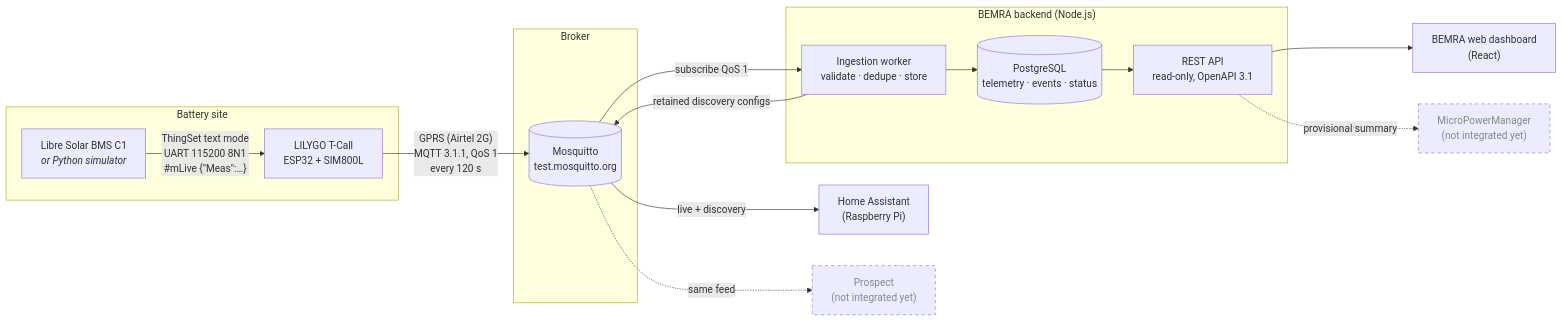
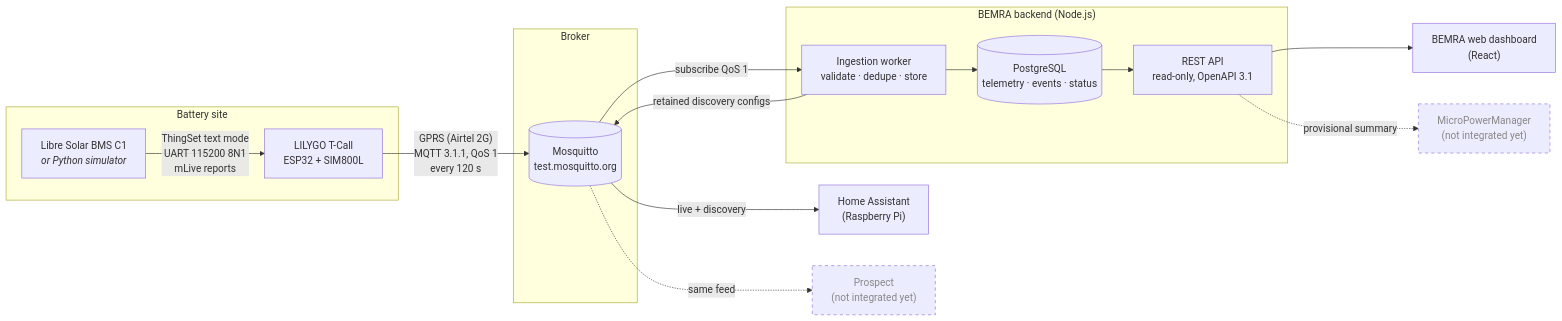
One commit to iradukunda3546nj/Remote-Monitoring-Gateway-for-Libre-Solar-BMS changed the first of 4 diagrams in README.md. Above: the diagram before and after it, drawn with Mermaid.

Commit message:
Update README to clarify ThingSet text mode description for BMS communication

````diff
--- a/README.md
+++ b/README.md
@@ -147,31 +147,31 @@
 ```mermaid
 flowchart LR
     subgraph SITE["Battery site"]
         BMS["Libre Solar BMS C1<br/><i>or Python simulator</i>"]
         GW["LILYGO T-Call<br/>ESP32 + SIM800L"]
-        BMS -- "ThingSet text mode<br/>UART 115200 8N1<br/>#mLive {&quot;Meas&quot;:…}" --> GW
+        BMS -- "ThingSet text mode<br/>UART 115200 8N1<br/>mLive reports" --> GW
     end
 
     GW -- "GPRS (Airtel 2G)<br/>MQTT 3.1.1, QoS 1<br/>every 120 s" --> BROKER
 
     subgraph CLOUD["Broker"]
         BROKER[("Mosquitto<br/>test.mosquitto.org")]
     end
 
     subgraph SERVER["BEMRA backend (Node.js)"]
         WORKER["Ingestion worker<br/>validate · dedupe · store"]
         DB[("PostgreSQL<br/>telemetry · events · status")]
         API["REST API<br/>read-only, OpenAPI 3.1"]
         WORKER --> DB --> API
     end
 
     BROKER -- "subscribe QoS 1" --> WORKER
     WORKER -- "retained discovery configs" --> BROKER
     BROKER -- "live + discovery" --> HA["Home Assistant<br/>(Raspberry Pi)"]
     API --> DASH["BEMRA web dashboard<br/>(React)"]
     API -. "provisional summary" .-> MPM["MicroPowerManager<br/>(not integrated yet)"]
     BROKER -. "same feed" .-> PROS["Prospect<br/>(not integrated yet)"]
 
     classDef planned stroke-dasharray: 5 5,color:#888;
     class MPM,PROS planned;
 ```
````
